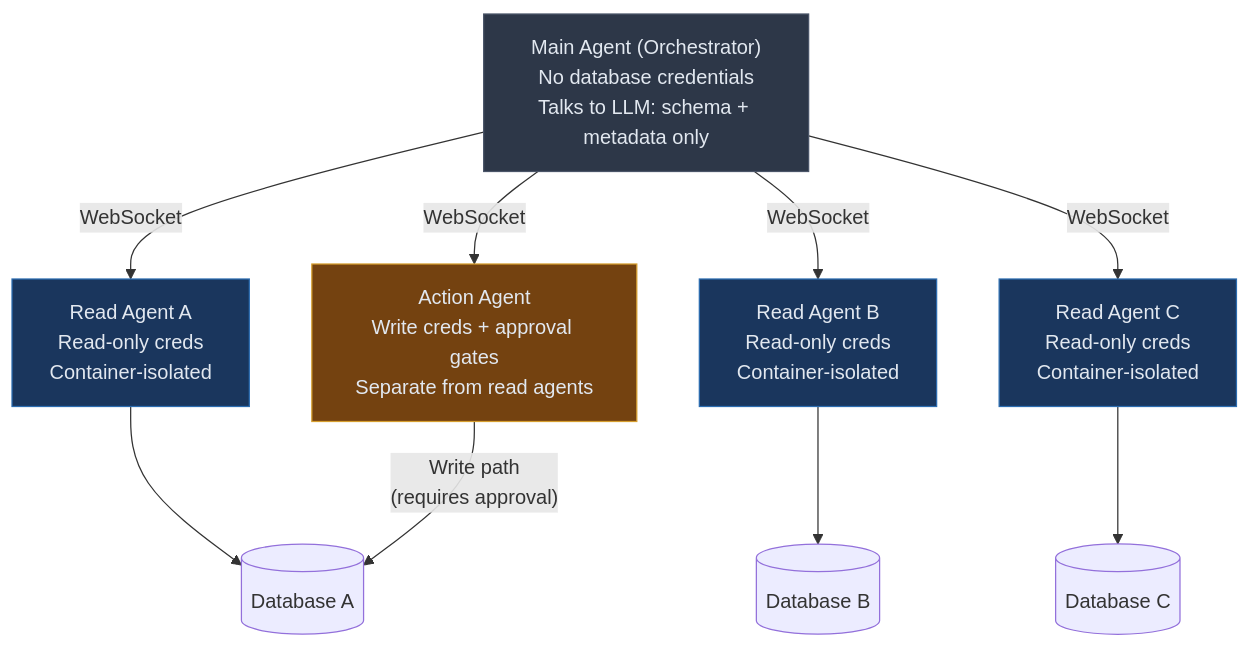
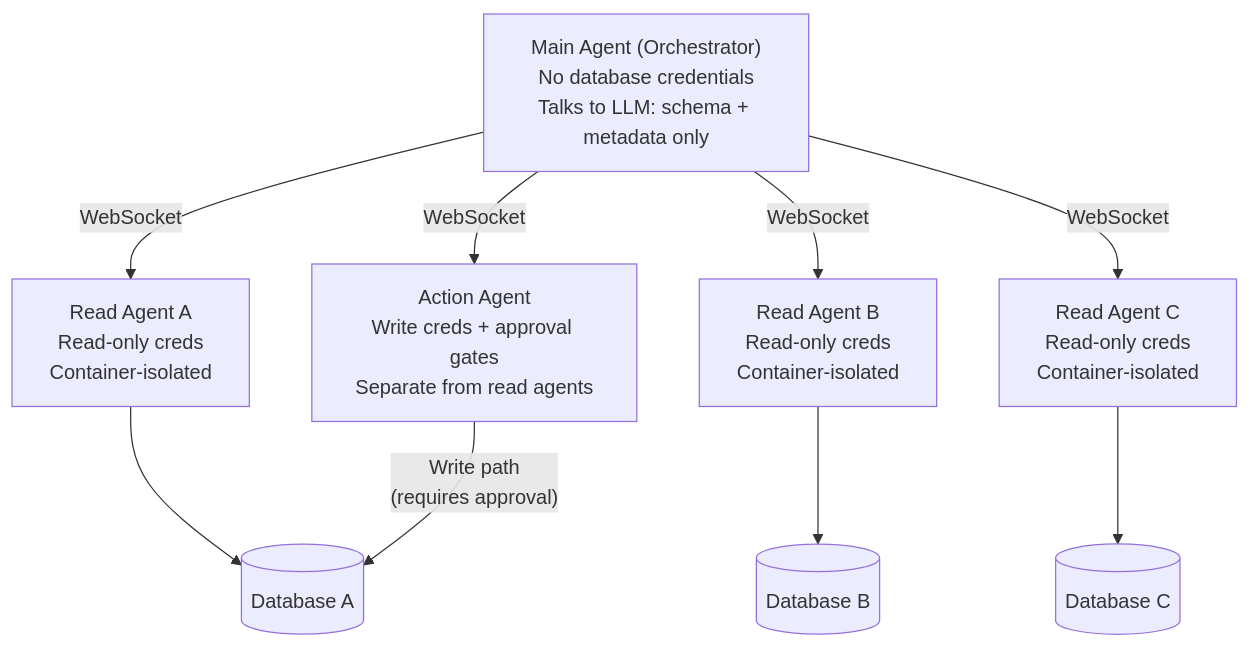
Before and after one commit to ashishsuperatom/tech-docs: the diagram in security/agent-model.mdx, drawn with Mermaid. The commit also changed other lines of this file and 37 other files, not shown here.

First line of the commit message:
Clean up docs: remove em-dashes, fix mermaid diagrams, remove emojis

````diff
--- a/security/agent-model.mdx
+++ b/security/agent-model.mdx
@@ -62,20 +62,15 @@
 ```mermaid
 graph TD
     MA["Main Agent (Orchestrator)<br/>No database credentials<br/>Talks to LLM: schema + metadata only"]
 
     MA -->|WebSocket| RA1["Read Agent A<br/>Read-only creds<br/>Container-isolated"]
     MA -->|WebSocket| RA2["Read Agent B<br/>Read-only creds<br/>Container-isolated"]
     MA -->|WebSocket| RA3["Read Agent C<br/>Read-only creds<br/>Container-isolated"]
     MA -->|WebSocket| WA["Action Agent<br/>Write creds + approval gates<br/>Separate from read agents"]
 
     RA1 --> DB1[(Database A)]
     RA2 --> DB2[(Database B)]
     RA3 --> DB3[(Database C)]
     WA -->|"Write path<br/>(requires approval)"| DB1
 
-    style MA fill:#2d3748,stroke:#4a5568,color:#e2e8f0
-    style RA1 fill:#1a365d,stroke:#2b6cb0,color:#e2e8f0
-    style RA2 fill:#1a365d,stroke:#2b6cb0,color:#e2e8f0
-    style RA3 fill:#1a365d,stroke:#2b6cb0,color:#e2e8f0
-    style WA fill:#744210,stroke:#d69e2e,color:#e2e8f0
 ```
````
